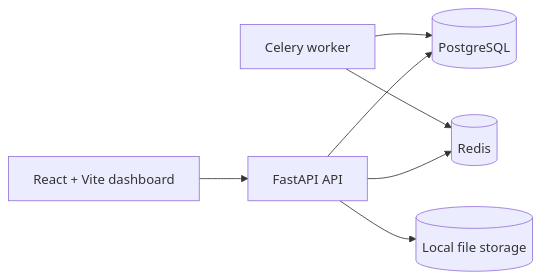
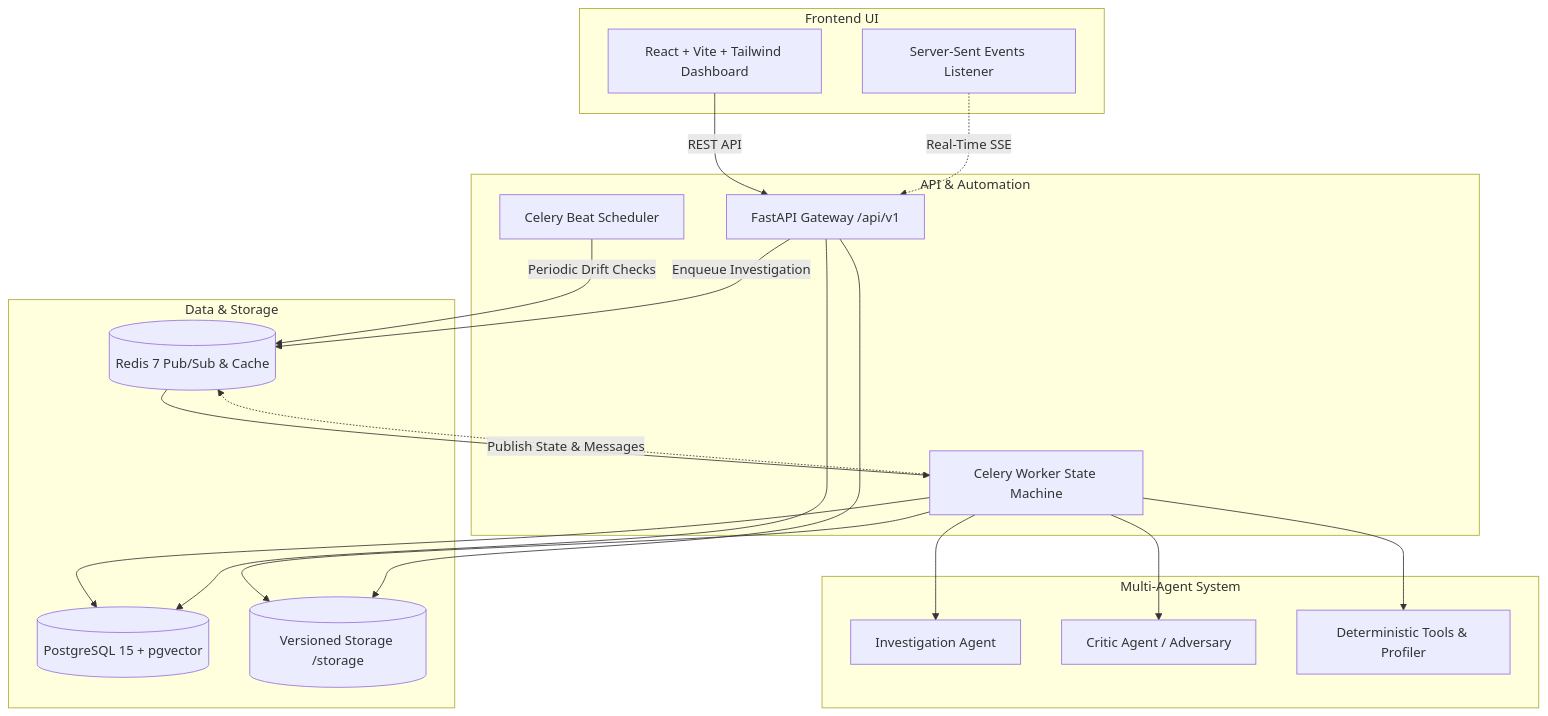
The diagram in README.md (sayan23bcy6/Datamind), drawn with Mermaid before and after one commit. The commit also changed other lines of this file, not shown here.

````diff
--- a/README.md
+++ b/README.md
@@ -53,9 +7,39 @@
 ```mermaid
-flowchart LR
-    Frontend[React + Vite dashboard] --> API[FastAPI API]
-    API --> Postgres[(PostgreSQL)]
-    API --> Redis[(Redis)]
-    API --> Storage[(Local file storage)]
-    Worker[Celery worker] --> Redis
+flowchart TD
+    subgraph Client [Frontend UI]
+        Browser[React + Vite + Tailwind Dashboard]
+        SSEStream[Server-Sent Events Listener]
+    end
+
+    subgraph ServiceLayer [API & Automation]
+        API[FastAPI Gateway /api/v1]
+        Beat[Celery Beat Scheduler]
+        Worker[Celery Worker State Machine]
+    end
+
+    subgraph Intelligence [Multi-Agent System]
+        Investigator[Investigation Agent]
+        Critic[Critic Agent / Adversary]
+        DetectorTools[Deterministic Tools & Profiler]
+    end
+
+    subgraph Persistence [Data & Storage]
+        Postgres[(PostgreSQL 15 + pgvector)]
+        Redis[(Redis 7 Pub/Sub & Cache)]
+        Disk[(Versioned Storage /storage)]
+    end
+
+    Browser -->|REST API| API
+    SSEStream -.->|Real-Time SSE| API
+    Beat -->|Periodic Drift Checks| Redis
+    Redis --> Worker
+    API -->|Enqueue Investigation| Redis
+    Worker --> Investigator
+    Worker --> Critic
+    Worker --> DetectorTools
     Worker --> Postgres
+    Worker --> Disk
+    Worker -.->|Publish State & Messages| Redis
+    API --> Postgres
+    API --> Disk
 ```
````
